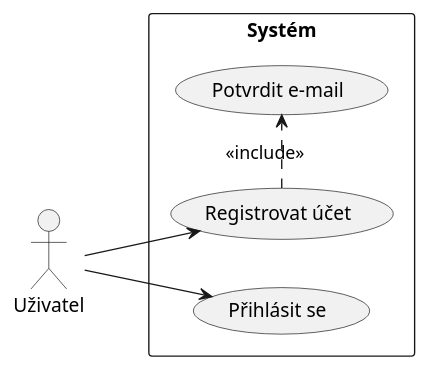
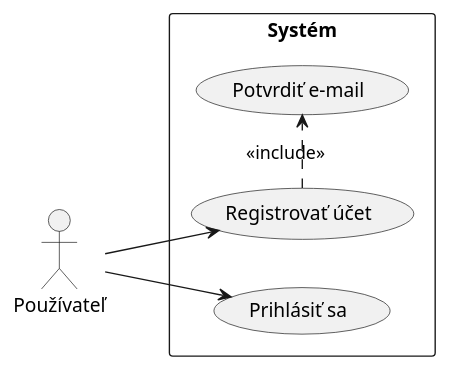
One commit to aidetemcz/chatveskole changed the first of 3 diagrams in content/sk/skills/procesni-analytik/references/notace-uml.md. Above: the diagram before and after it, drawn with PlantUML. The commit also changed other lines of this file and 96 other files, not shown here.

````diff
--- a/content/sk/skills/procesni-analytik/references/notace-uml.md
+++ b/content/sk/skills/procesni-analytik/references/notace-uml.md
@@ -78,14 +78,14 @@
 ```plantuml
 @startuml
 left to right direction
-actor Uživatel
+actor Používateľ
 rectangle Systém {
-  usecase "Registrovat účet" as UC1
-  usecase "Potvrdit e-mail" as UC2
-  usecase "Přihlásit se" as UC3
+  usecase "Registrovať účet" as UC1
+  usecase "Potvrdiť e-mail" as UC2
+  usecase "Prihlásiť sa" as UC3
 }
-Uživatel --> UC1
+Používateľ --> UC1
 UC1 .> UC2 : <<include>>
-Uživatel --> UC3
+Používateľ --> UC3
 @enduml
 ```
````
